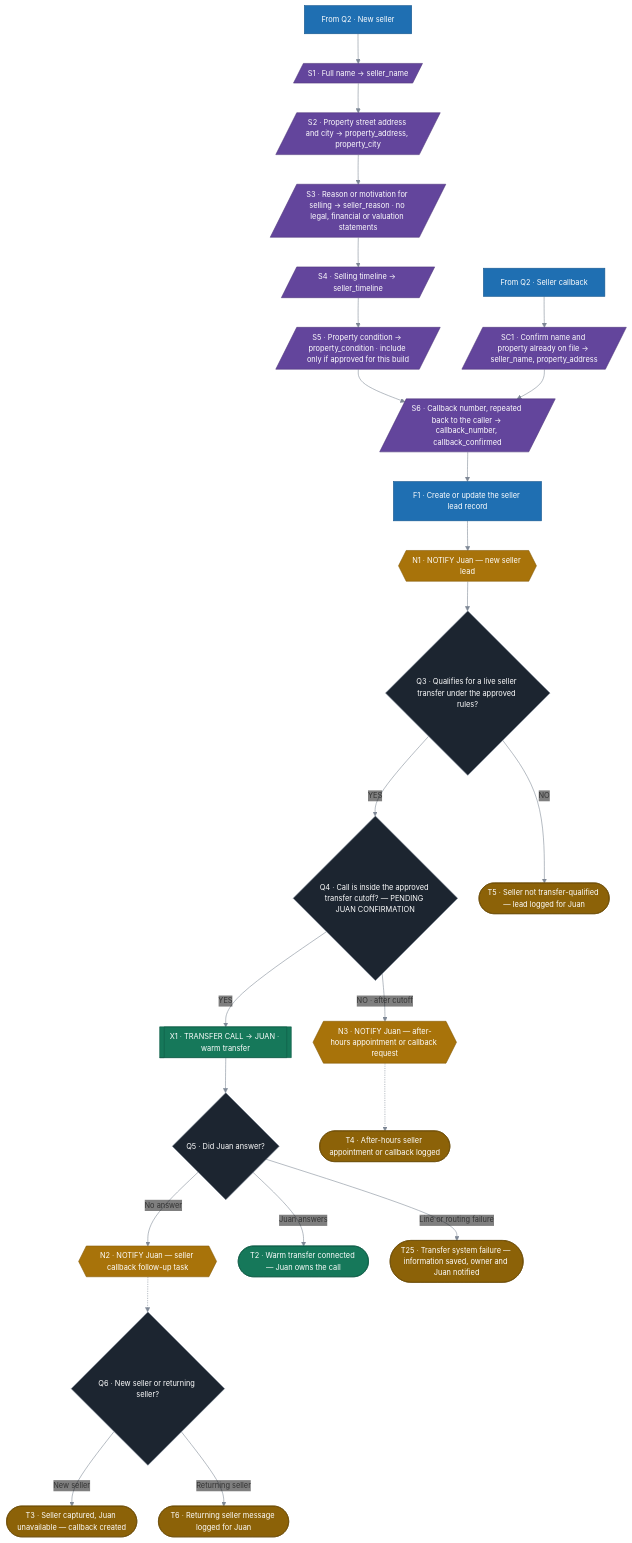
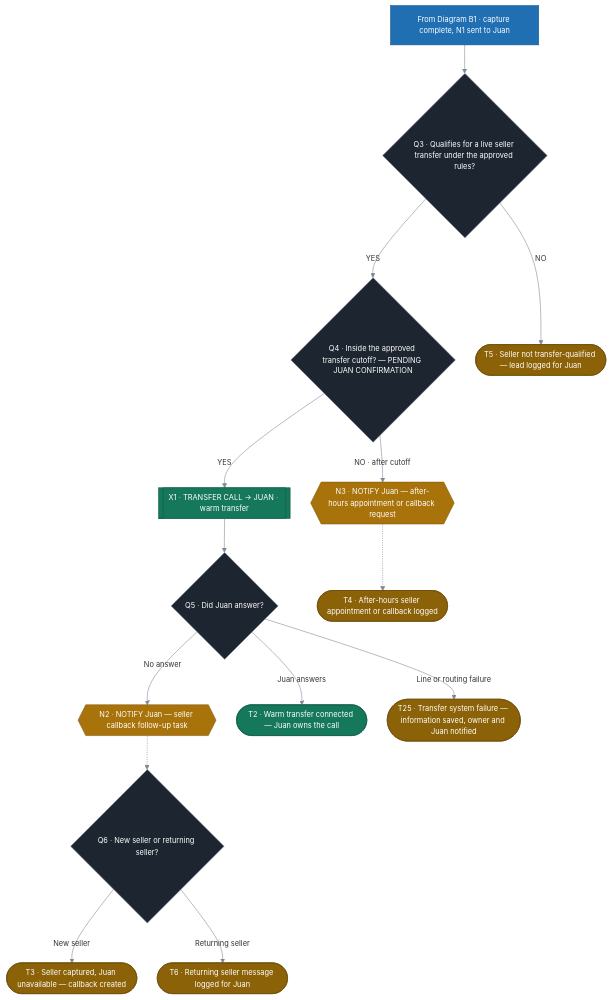
One commit to rosanes-cmyk/Ai-agent changed the third of 7 diagrams in docs/inbound-call-flow-v2.md. Above: the diagram before and after it, drawn with Mermaid. The commit also changed other lines of this file and 8 other files, not shown here.

First line of the commit message:
Add inbound call flow v2.1 flowchart

````diff
--- a/docs/inbound-call-flow-v2.md
+++ b/docs/inbound-call-flow-v2.md
@@ -105,49 +131,37 @@
 ```mermaid
-%%{init: {"theme":"base","themeVariables":{"fontFamily":"Archivo, ui-sans-serif, sans-serif","fontSize":"13px","lineColor":"#7E8896","textColor":"#7E8896","edgeLabelBackground":"transparent"},"flowchart":{"curve":"basis","nodeSpacing":38,"rankSpacing":52,"useMaxWidth":true}}}%%
+%%{init: {"theme":"base","themeVariables":{"fontFamily":"Archivo, ui-sans-serif, sans-serif","fontSize":"13px","lineColor":"#7E8896","textColor":"#7E8896","edgeLabelBackground":"transparent"},"flowchart":{"htmlLabels":false,"curve":"basis","nodeSpacing":36,"rankSpacing":50,"useMaxWidth":true}}}%%
 flowchart TD
-  IN["From Q2 · New seller"]:::action
-  INB["From Q2 · Seller callback"]:::action
-  S1[/"S1 · Full name → seller_name"/]:::extract
-  S2[/"S2 · Property street address and city → property_address, property_city"/]:::extract
-  S3[/"S3 · Reason or motivation for selling → seller_reason · no legal, financial or valuation statements"/]:::extract
-  S4[/"S4 · Selling timeline → seller_timeline"/]:::extract
-  S5[/"S5 · Property condition → property_condition · include only if approved for this build"/]:::extract
-  S6[/"S6 · Callback number, repeated back to the caller → callback_number, callback_confirmed"/]:::extract
-  SC1[/"SC1 · Confirm name and property already on file → seller_name, property_address"/]:::extract
-  F1["F1 · Create or update the seller lead record"]:::action
-  N1{{"N1 · NOTIFY Juan — new seller lead"}}:::notify
+  IN2["From Diagram B1 · capture complete, N1 sent to Juan"]:::action
   Q3{"Q3 · Qualifies for a live seller transfer under the approved rules?"}:::decision
-  Q4{"Q4 · Call is inside the approved transfer cutoff? — PENDING JUAN CONFIRMATION"}:::decision
+  Q4{"Q4 · Inside the approved transfer cutoff? — PENDING JUAN CONFIRMATION"}:::decision
   X1[["X1 · TRANSFER CALL → JUAN · warm transfer"]]:::success
   Q5{"Q5 · Did Juan answer?"}:::decision
   Q6{"Q6 · New seller or returning seller?"}:::decision
   N2{{"N2 · NOTIFY Juan — seller callback follow-up task"}}:::notify
   N3{{"N3 · NOTIFY Juan — after-hours appointment or callback request"}}:::notify
   T2(["T2 · Warm transfer connected — Juan owns the call"]):::success
   T3(["T3 · Seller captured, Juan unavailable — callback created"]):::notifyEnd
   T4(["T4 · After-hours seller appointment or callback logged"]):::notifyEnd
   T5(["T5 · Seller not transfer-qualified — lead logged for Juan"]):::notifyEnd
   T6(["T6 · Returning seller message logged for Juan"]):::notifyEnd
   T25(["T25 · Transfer system failure — information saved, owner and Juan notified"]):::notifyEnd
 
-  IN --> S1 --> S2 --> S3 --> S4 --> S5 --> S6
-  INB --> SC1 --> S6
-  S6 --> F1 --> N1 --> Q3
+  IN2 --> Q3
   Q3 -->|"NO"| T5
   Q3 -->|"YES"| Q4
   Q4 -->|"NO · after cutoff"| N3 -.-> T4
   Q4 -->|"YES"| X1 --> Q5
   Q5 -->|"Juan answers"| T2
   Q5 -->|"No answer"| N2 -.-> Q6
   Q5 -->|"Line or routing failure"| T25
   Q6 -->|"New seller"| T3
   Q6 -->|"Returning seller"| T6
 
   classDef action fill:#1F6FB2,stroke:#17578C,color:#FFFFFF
   classDef decision fill:#1C2530,stroke:#6B7787,color:#FFFFFF
   classDef success fill:#16785A,stroke:#0F5B45,color:#FFFFFF
   classDef notify fill:#A8730A,stroke:#835A07,color:#FFFFFF
   classDef notifyEnd fill:#8C6208,stroke:#6B4B06,color:#FFFFFF
   classDef stop fill:#A93529,stroke:#87281E,color:#FFFFFF
   classDef extract fill:#63459C,stroke:#4C3479,color:#FFFFFF
 ```
````
